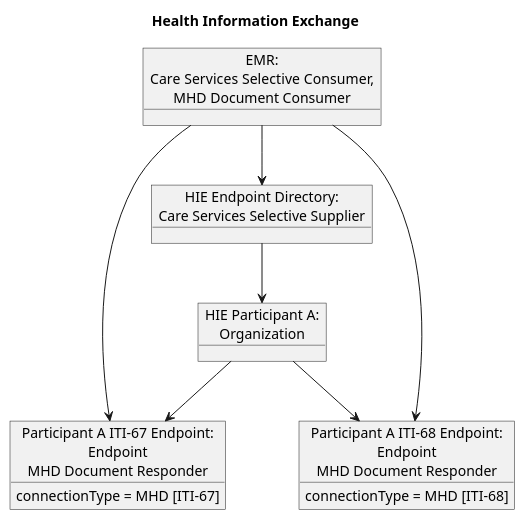
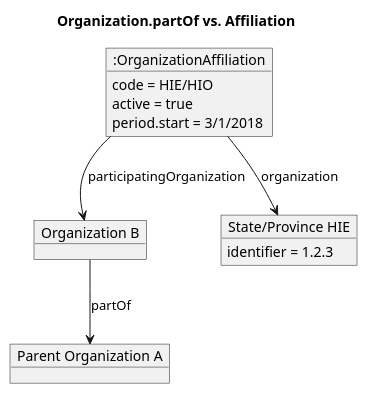
One commit to IHE/ITI.mCSD changed the diagram in input/images-source/usecase5-diagram.plantuml. Above: the diagram before and after it, drawn with PlantUML.

```diff
--- a/input/images-source/usecase5-diagram.plantuml
+++ b/input/images-source/usecase5-diagram.plantuml
@@ -1,22 +1,21 @@
 @startuml
 hide footbox
 
-title Health Information Exchange
+title Organization.partOf vs. Affiliation
 
-object "EMR:\nCare Services Selective Consumer,\nMHD Document Consumer" as EMR
-object "HIE Endpoint Directory:\nCare Services Selective Supplier" as Directory
-object "HIE Participant A:\nOrganization" as Organization
-object "Participant A ITI-67 Endpoint:\nEndpoint\nMHD Document Responder" as Responder67
-Responder67 : connectionType = MHD [ITI-67]
-object "Participant A ITI-68 Endpoint:\nEndpoint\nMHD Document Responder" as Responder68
-Responder68 : connectionType = MHD [ITI-68]
+object "Organization B" as OrganizationB
+object "Parent Organization A" as OrganizationA
 
-Directory --> Organization
-Organization --> Responder67
-Organization --> Responder68
+OrganizationB --> OrganizationA : partOf
 
-EMR --> Directory
-EMR --> Responder67
-EMR --> Responder68
+object "State/Province HIE" as OrganizationD
+OrganizationD : identifier = 1.2.3
+object ":OrganizationAffiliation" as OrgAff
+OrgAff : code = HIE/HIO
+OrgAff : active = true
+OrgAff : period.start = 3/1/2018
+
+OrgAff --> OrganizationB : participatingOrganization
+OrgAff --> OrganizationD : organization
 
 @enduml
```
